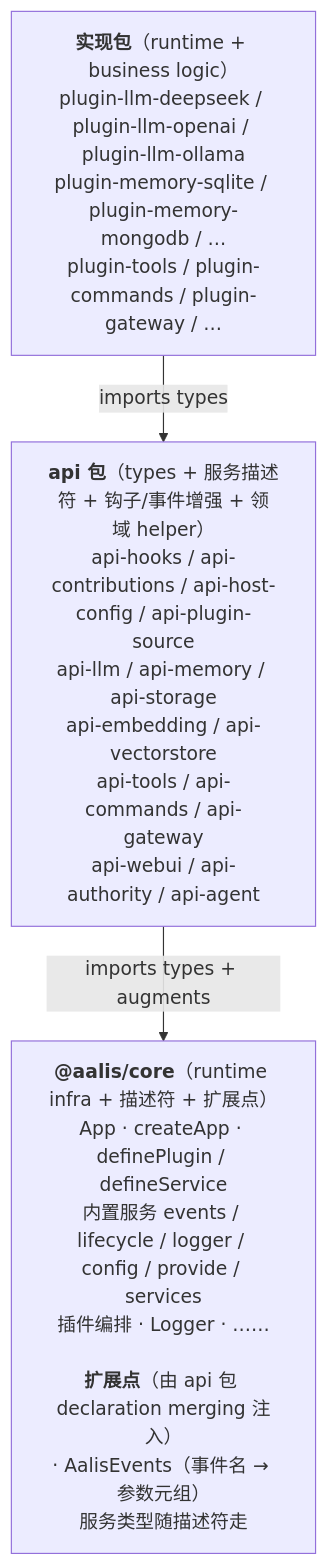
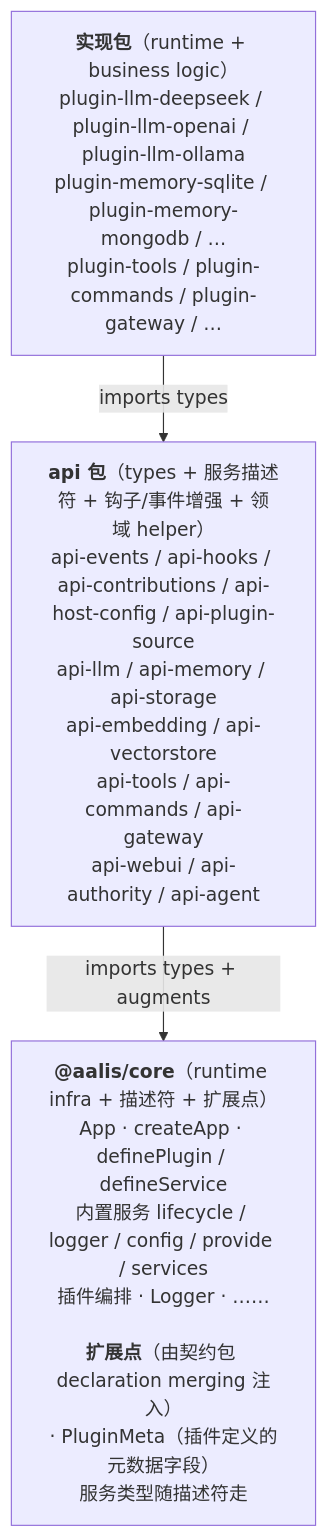
One commit to AalisLabs/Aalis changed the diagram in docs/design/api-packages.md. Above: the diagram before and after it, drawn with Mermaid. The commit also changed other lines of this file and 67 other files, not shown here.

````diff
--- a/docs/design/api-packages.md
+++ b/docs/design/api-packages.md
@@ -17,8 +17,8 @@
 ```mermaid
 flowchart TB
   impl["<b>实现包</b>（runtime + business logic）<br/>plugin-llm-deepseek / plugin-llm-openai / plugin-llm-ollama<br/>plugin-memory-sqlite / plugin-memory-mongodb / …<br/>plugin-tools / plugin-commands / plugin-gateway / …"]
-  api["<b>api 包</b>（types + 服务描述符 + 钩子/事件增强 + 领域 helper）<br/>api-hooks / api-contributions / api-host-config / api-plugin-source<br/>api-llm / api-memory / api-storage<br/>api-embedding / api-vectorstore<br/>api-tools / api-commands / api-gateway<br/>api-webui / api-authority / api-agent"]
-  core["<b>@aalis/core</b>（runtime infra + 描述符 + 扩展点）<br/>App · createApp · definePlugin / defineService<br/>内置服务 events / lifecycle / logger / config / provide / services<br/>插件编排 · Logger · ……<br/> <br/><b>扩展点</b>（由 api 包 declaration merging 注入）<br/>· AalisEvents（事件名 → 参数元组）<br/>服务类型随描述符走"]
+  api["<b>api 包</b>（types + 服务描述符 + 钩子/事件增强 + 领域 helper）<br/>api-events / api-hooks / api-contributions / api-host-config / api-plugin-source<br/>api-llm / api-memory / api-storage<br/>api-embedding / api-vectorstore<br/>api-tools / api-commands / api-gateway<br/>api-webui / api-authority / api-agent"]
+  core["<b>@aalis/core</b>（runtime infra + 描述符 + 扩展点）<br/>App · createApp · definePlugin / defineService<br/>内置服务 lifecycle / logger / config / provide / services<br/>插件编排 · Logger · ……<br/> <br/><b>扩展点</b>（由契约包 declaration merging 注入）<br/>· PluginMeta（插件定义的元数据字段）<br/>服务类型随描述符走"]
   impl -->|imports types| api
   api -->|imports types + augments| core
 ```
````
